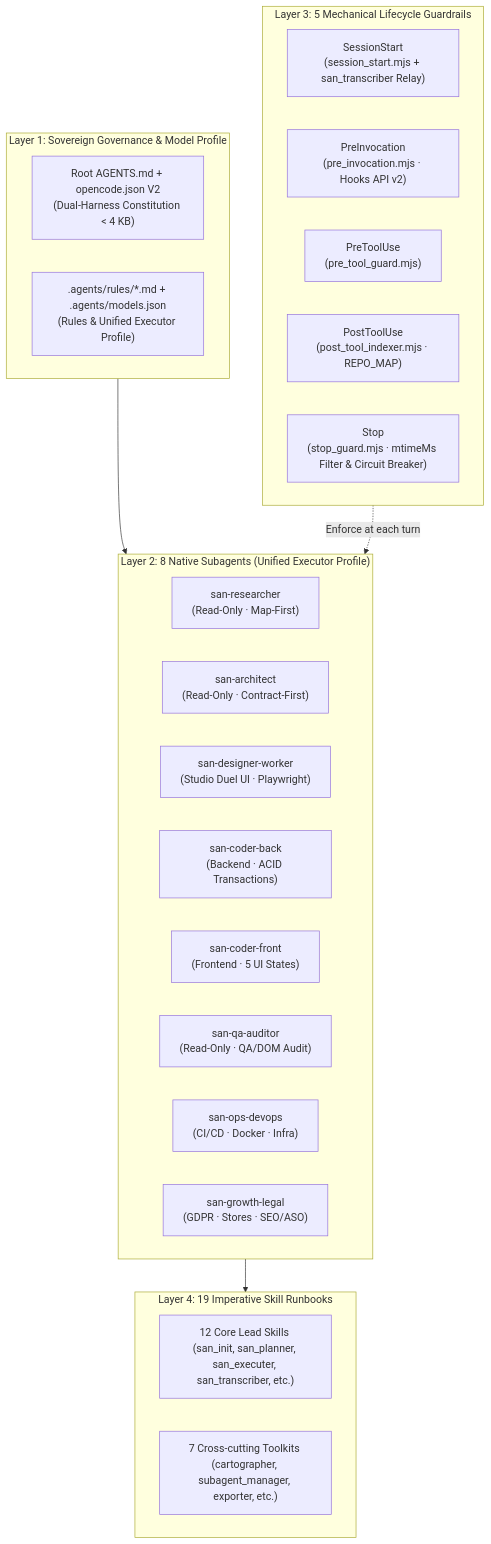
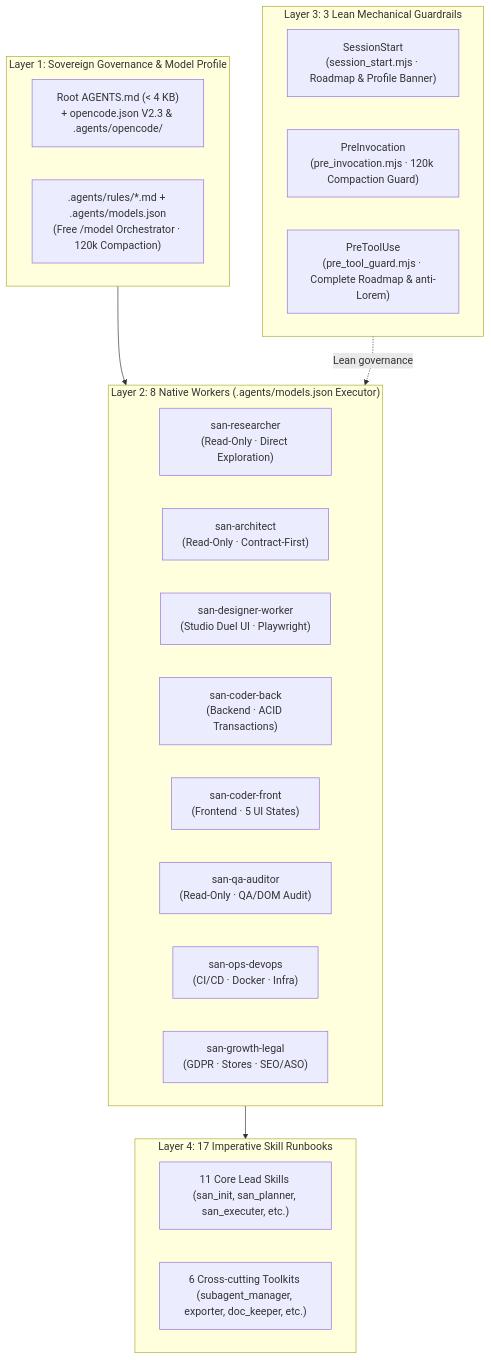
The diagram in README.en.md (alexsan-dev/san_agy_framework), drawn with Mermaid before and after one commit. The commit also changed other lines of this file and 32 other files, not shown here.

Commit message:
feat(v3.0.0): rebrand to san_ai_harness, decouple models, add OpenCode Swarm Board plugin & replace cache/map with 120k compaction

````diff
--- a/README.en.md
+++ b/README.en.md
@@ -46,35 +51,33 @@
 ```mermaid
 flowchart TD
     subgraph L1["Layer 1: Sovereign Governance & Model Profile"]
-        C1A["Root AGENTS.md + opencode.json V2<br/>(Dual-Harness Constitution < 4 KB)"]
-        C1B[".agents/rules/*.md + .agents/models.json<br/>(Rules & Unified Executor Profile)"]
+        C1A["Root AGENTS.md (< 4 KB)<br/>+ opencode.json V2.3 & .agents/opencode/"]
+        C1B[".agents/rules/*.md + .agents/models.json<br/>(Free /model Orchestrator · 120k Compaction)"]
     end
 
-    subgraph L2["Layer 2: 8 Native Subagents (Unified Executor Profile)"]
-        C2A["san-researcher<br/>(Read-Only · Map-First)"]
+    subgraph L2["Layer 2: 8 Native Workers (.agents/models.json Executor)"]
+        C2A["san-researcher<br/>(Read-Only · Direct Exploration)"]
         C2B["san-architect<br/>(Read-Only · Contract-First)"]
         C2C["san-designer-worker<br/>(Studio Duel UI · Playwright)"]
         C2D["san-coder-back<br/>(Backend · ACID Transactions)"]
         C2E["san-coder-front<br/>(Frontend · 5 UI States)"]
         C2F["san-qa-auditor<br/>(Read-Only · QA/DOM Audit)"]
         C2G["san-ops-devops<br/>(CI/CD · Docker · Infra)"]
         C2H["san-growth-legal<br/>(GDPR · Stores · SEO/ASO)"]
     end
 
-    subgraph L3["Layer 3: 5 Mechanical Lifecycle Guardrails"]
-        C3A["SessionStart<br/>(session_start.mjs + san_transcriber Relay)"]
-        C3B["PreInvocation<br/>(pre_invocation.mjs · Hooks API v2)"]
-        C3C["PreToolUse<br/>(pre_tool_guard.mjs)"]
-        C3D["PostToolUse<br/>(post_tool_indexer.mjs · REPO_MAP)"]
-        C3E["Stop<br/>(stop_guard.mjs · mtimeMs Filter & Circuit Breaker)"]
+    subgraph L3["Layer 3: 3 Lean Mechanical Guardrails"]
+        C3A["SessionStart<br/>(session_start.mjs · Roadmap & Profile Banner)"]
+        C3B["PreInvocation<br/>(pre_invocation.mjs · 120k Compaction Guard)"]
+        C3C["PreToolUse<br/>(pre_tool_guard.mjs · Complete Roadmap & anti-Lorem)"]
     end
 
-    subgraph L4["Layer 4: 19 Imperative Skill Runbooks"]
-        C4A["12 Core Lead Skills (san_init, san_planner, san_executer, san_transcriber, etc.)"]
-        C4B["7 Cross-cutting Toolkits (cartographer, subagent_manager, exporter, etc.)"]
+    subgraph L4["Layer 4: 17 Imperative Skill Runbooks"]
+        C4A["11 Core Lead Skills (san_init, san_planner, san_executer, etc.)"]
+        C4B["6 Cross-cutting Toolkits (subagent_manager, exporter, doc_keeper, etc.)"]
     end
 
     L1 --> L2
-    L3 -.->|Enforce at each turn| L2
+    L3 -.->|Lean governance| L2
     L2 --> L4
 ```
````
